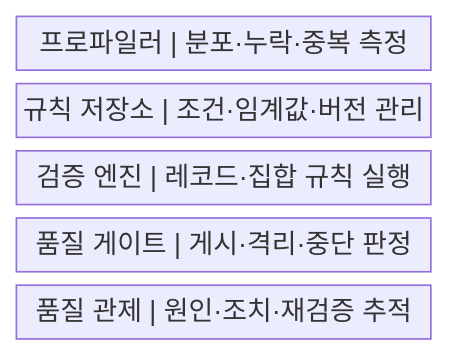
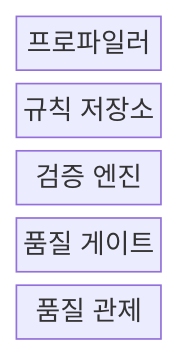
Before and after one commit to agnusdei1207/knowledge-base: the first of 2 diagrams in src/content/docs/notes/03-software/137_data_quality_management.md, drawn with Mermaid. The commit also changed other lines of this file and 238 other files, not shown here.

````diff
--- a/src/content/docs/notes/03-software/137_data_quality_management.md
+++ b/src/content/docs/notes/03-software/137_data_quality_management.md
@@ -58,9 +58,9 @@
 ```mermaid
-block
+block-beta
     columns 1
-    A["프로파일러 | 분포·누락·중복 측정"]
-    B["규칙 저장소 | 조건·임계값·버전 관리"]
-    C["검증 엔진 | 레코드·집합 규칙 실행"]
-    D["품질 게이트 | 게시·격리·중단 판정"]
-    E["품질 관제 | 원인·조치·재검증 추적"]
+    A["프로파일러"]
+    B["규칙 저장소"]
+    C["검증 엔진"]
+    D["품질 게이트"]
+    E["품질 관제"]
 ```
````
